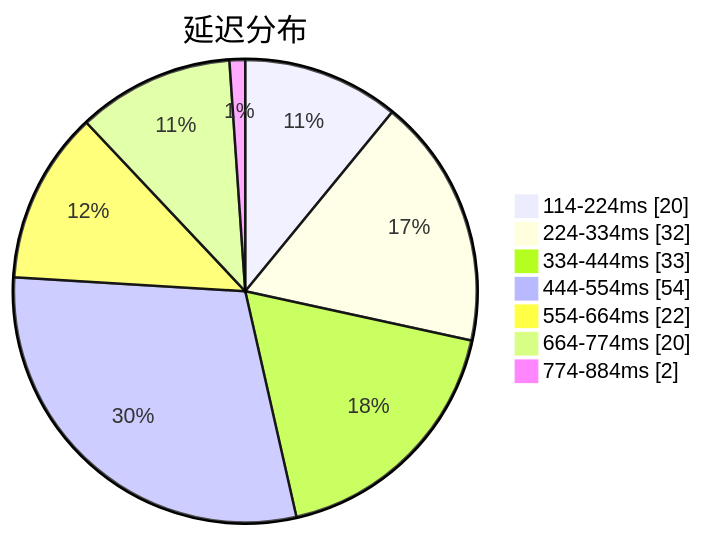
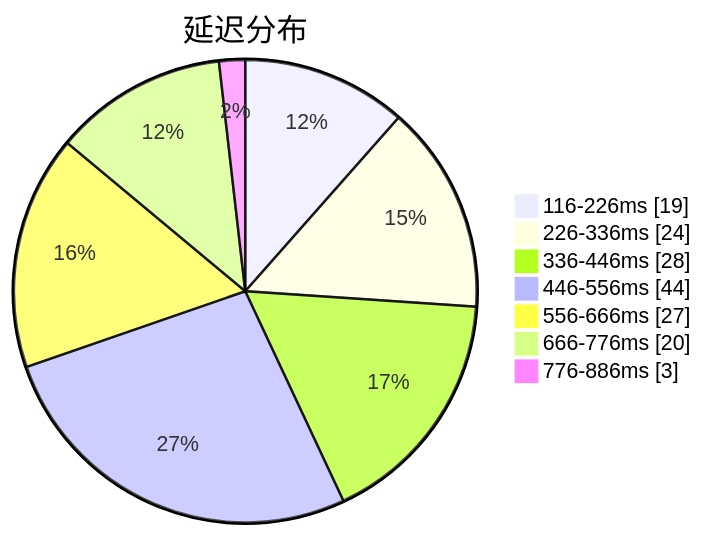
One commit to sinspired/airport changed the first of 3 diagrams in subs/statistics/tested_within.md. Above: the diagram before and after it, drawn with Mermaid. The commit also changed other lines of this file and 2 other files, not shown here.

````diff
--- a/subs/statistics/tested_within.md
+++ b/subs/statistics/tested_within.md
@@ -2,11 +2,11 @@
 ```mermaid
 pie showData
 title 延迟分布
-"114-224ms" : 20
-"224-334ms" : 32
-"334-444ms" : 33
-"444-554ms" : 54
-"554-664ms" : 22
-"664-774ms" : 20
-"774-884ms" : 2
+"116-226ms" : 19
+"226-336ms" : 24
+"336-446ms" : 28
+"446-556ms" : 44
+"556-666ms" : 27
+"666-776ms" : 20
+"776-886ms" : 3
 ```
````
